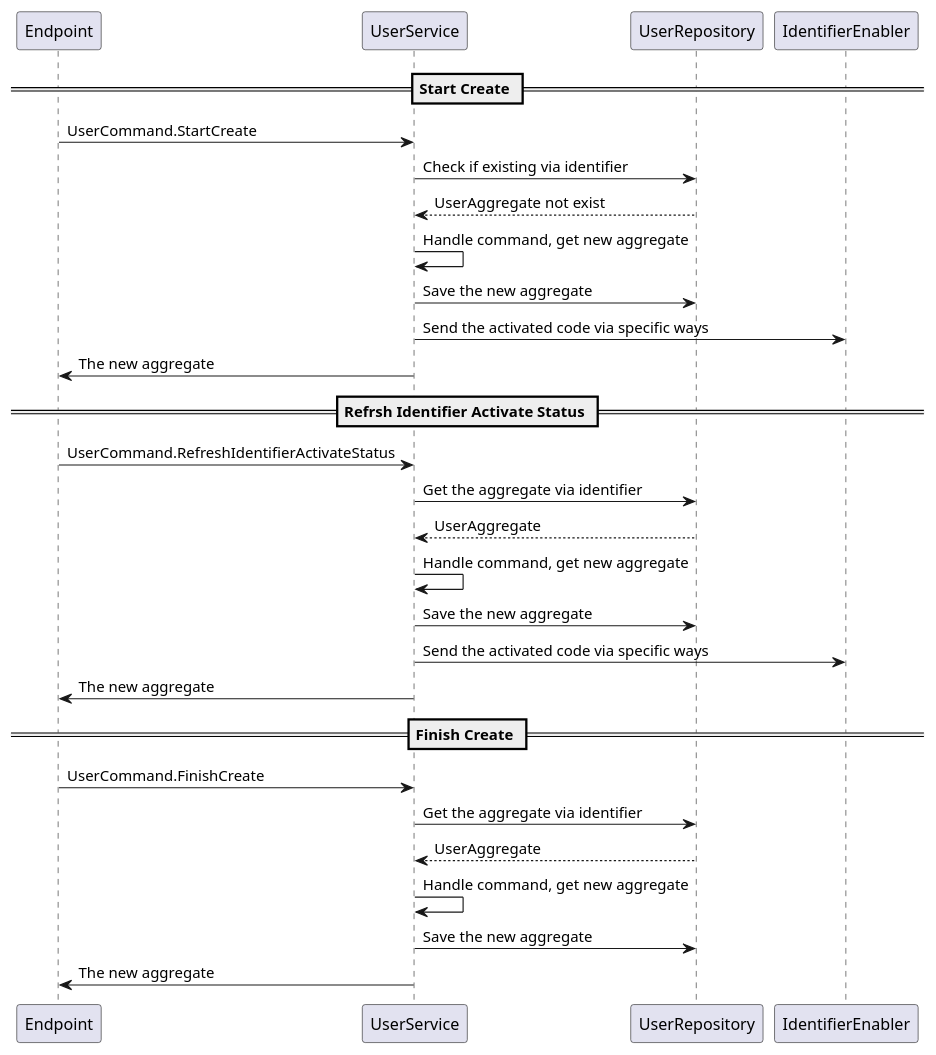
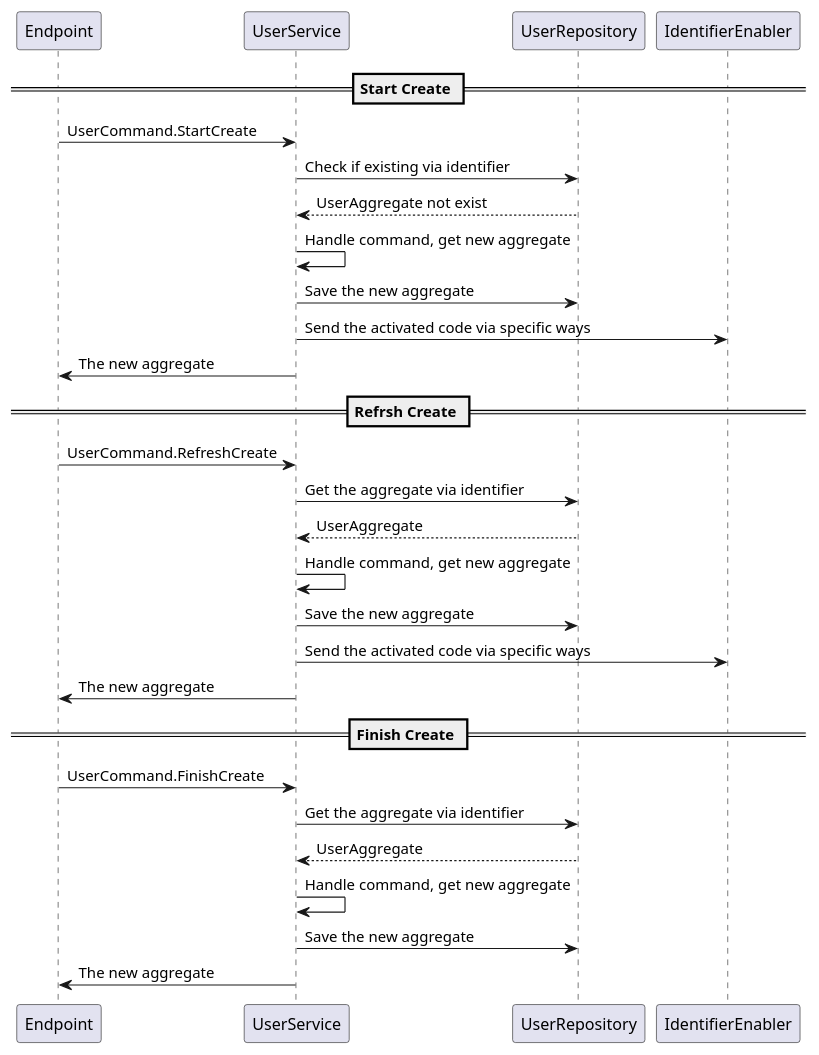
Before and after one commit to alices-wonderland/doorknob: the sixth of 18 diagrams in docs/docs/features.md, drawn with PlantUML. The commit also changed other lines of this file and 14 other files, not shown here.

Commit message:
UserService reformat

````diff
--- a/docs/docs/features.md
+++ b/docs/docs/features.md
@@ -160,29 +160,29 @@
 ```plantuml
 @startuml
 == Start Create ==
 Endpoint -> UserService: UserCommand.StartCreate
 UserService -> UserRepository: Check if existing via identifier
 UserRepository --> UserService: UserAggregate not exist
 UserService -> UserService: Handle command, get new aggregate
 UserService -> UserRepository: Save the new aggregate
 UserService -> IdentifierEnabler: Send the activated code via specific ways
 UserService -> Endpoint: The new aggregate
 
-== Refrsh Identifier Activate Status ==
-Endpoint -> UserService: UserCommand.RefreshIdentifierActivateStatus
+== Refrsh Create ==
+Endpoint -> UserService: UserCommand.RefreshCreate
 UserService -> UserRepository: Get the aggregate via identifier
 UserRepository --> UserService: UserAggregate
 UserService -> UserService: Handle command, get new aggregate
 UserService -> UserRepository: Save the new aggregate
 UserService -> IdentifierEnabler: Send the activated code via specific ways
 UserService -> Endpoint: The new aggregate
 
 == Finish Create ==
 Endpoint -> UserService: UserCommand.FinishCreate
 UserService -> UserRepository: Get the aggregate via identifier
 UserRepository --> UserService: UserAggregate
 UserService -> UserService: Handle command, get new aggregate
 UserService -> UserRepository: Save the new aggregate
 UserService -> Endpoint: The new aggregate
 @enduml
 ```
````
